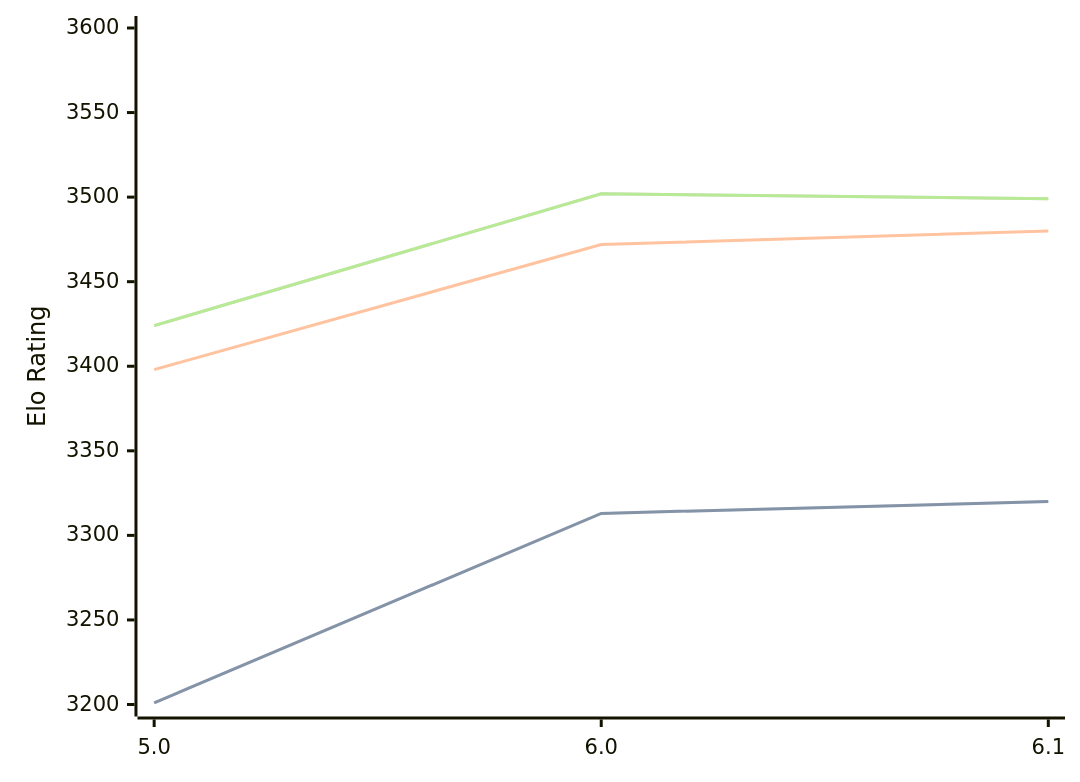
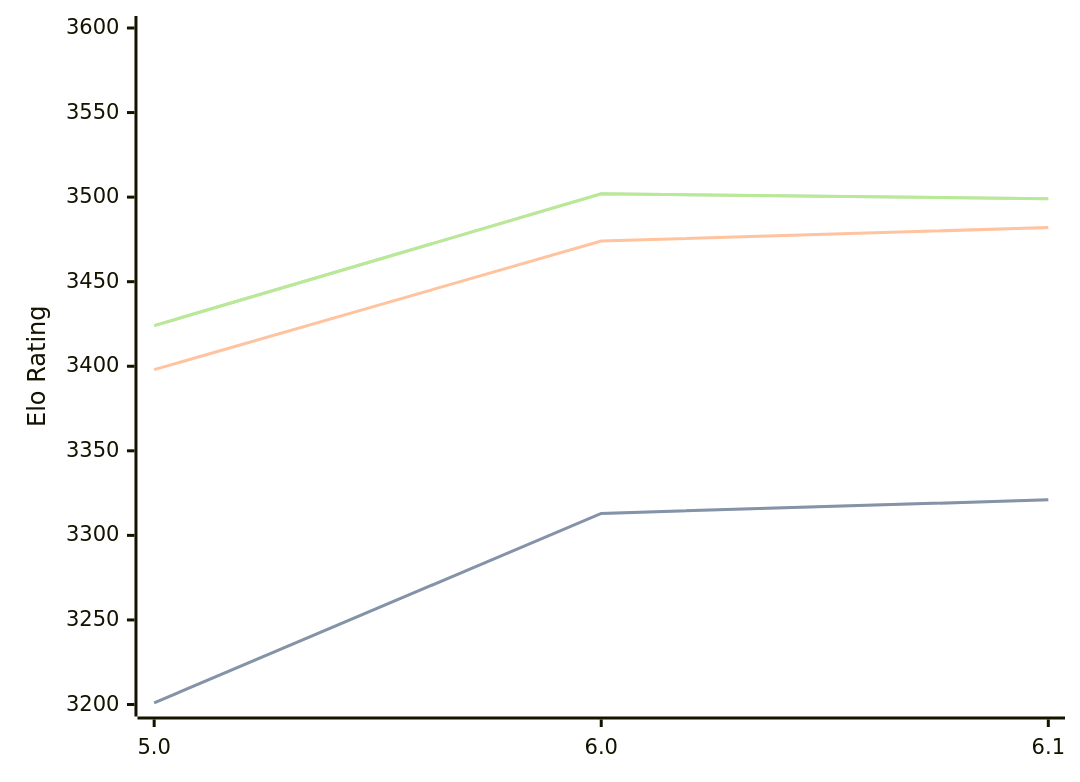
One commit to computer-chess-index/cci changed the diagram in engines/Starzix.md. Above: the diagram before and after it, drawn with Mermaid. The commit also changed other lines of this file, not shown here.

````diff
--- a/engines/Starzix.md
+++ b/engines/Starzix.md
@@ -37,11 +37,11 @@
 ```mermaid
 %%{init: {"theme":"base","themeVariables":{"seriesColors:['#a3a3a3','#222221','#faa371']}}}%%
 xychart-beta
   x-axis ["5.0", "6.0", "6.1"]
   y-axis "Elo Rating" 3200 --> 3600
-  line "STC (8.0+0.08s)" [3201, 3313, 3320]
-  line "STC (8.0+0.08s)" [3201, 3313, 3320]
-  line "LTC (60.0+0.60s)" [3398, 3472, 3480]
+  line "STC (8.0+0.08s)" [3201, 3313, 3321]
+  line "STC (8.0+0.08s)" [3201, 3313, 3321]
+  line "LTC (60.0+0.60s)" [3398, 3474, 3482]
   line "VLTC (2m24s+1.12s)" [3424, 3502, 3499]
   line "VLTC (2m24s+1.12s)" [3424, 3502, 3499]
 ```
````
